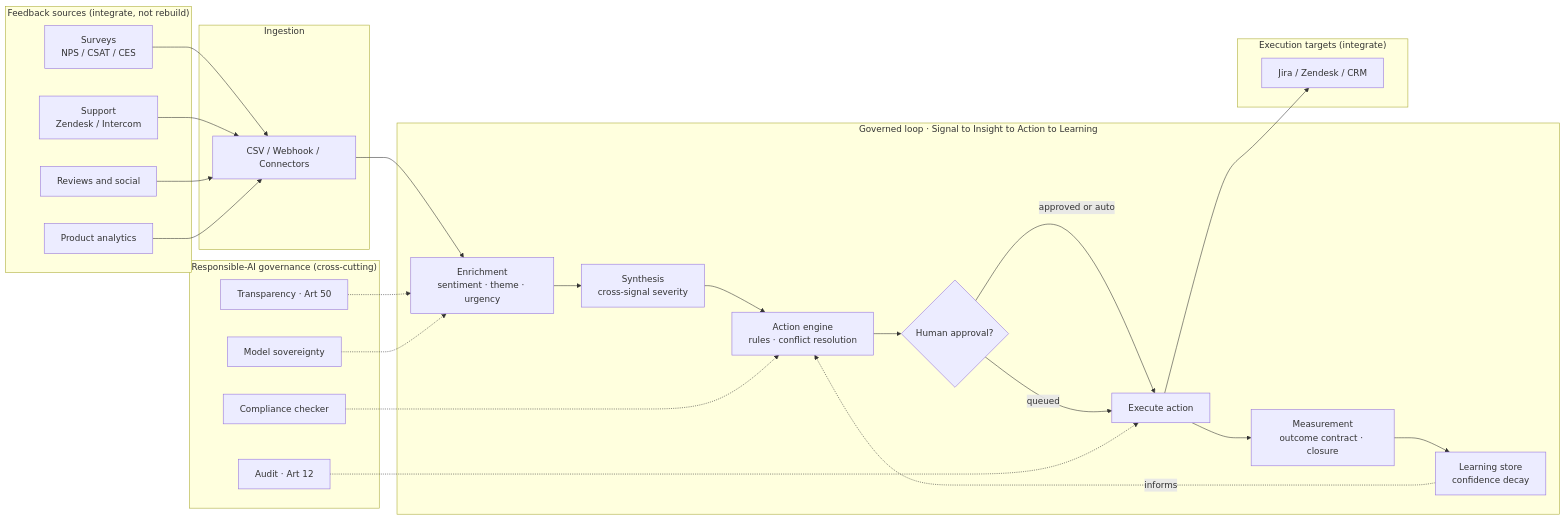
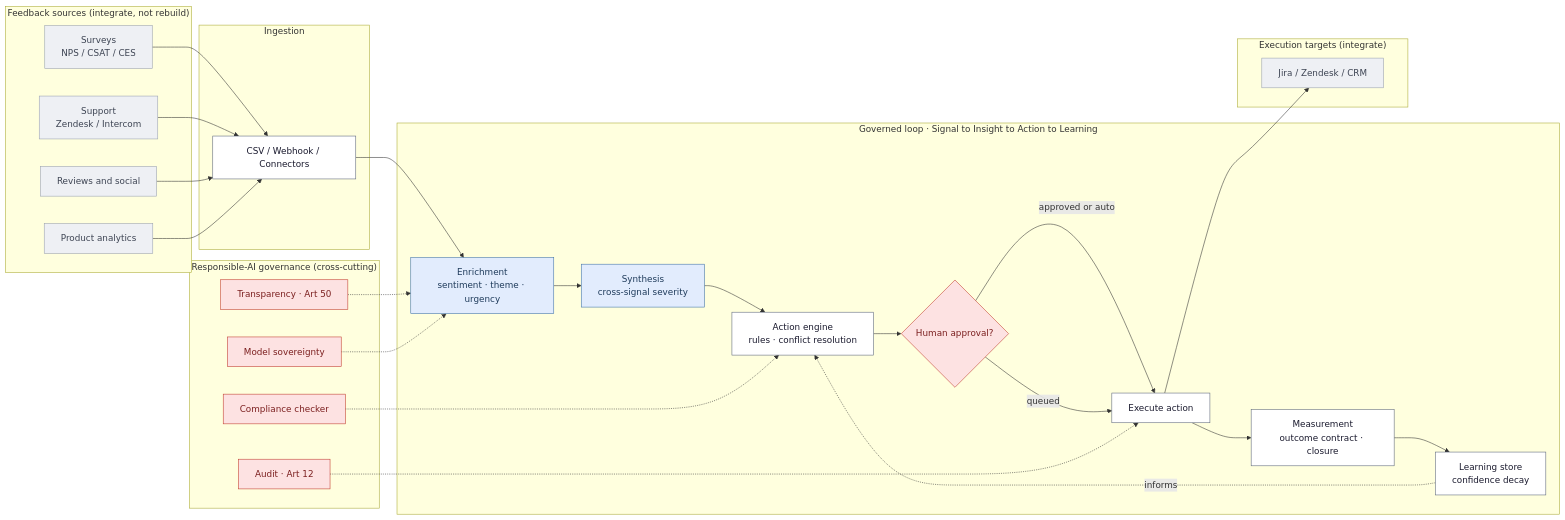
The diagram in thesis/diagrams/01_architecture_logical.mmd (fogu13/CLARA), drawn with Mermaid before and after one commit. The commit also changed 5 other files, not shown here.

First line of the commit message:
thesis(deck): colour the logical architecture and give slide 4 a legend

```diff
--- a/thesis/diagrams/01_architecture_logical.mmd
+++ b/thesis/diagrams/01_architecture_logical.mmd
@@ -1,49 +1,61 @@
 %% Logical system architecture (build-agnostic). Edit freely.
 %% Render: paste into Obsidian / mermaid.live / VS Code Mermaid preview, or import into draw.io.
 flowchart LR
     subgraph SRC["Feedback sources (integrate, not rebuild)"]
         S1["Surveys<br/>NPS / CSAT / CES"]
         S2["Support<br/>Zendesk / Intercom"]
         S3["Reviews and social"]
         S4["Product analytics"]
     end
 
     subgraph ING["Ingestion"]
         I1["CSV / Webhook / Connectors"]
     end
 
     subgraph CORE["Governed loop · Signal to Insight to Action to Learning"]
         E["Enrichment<br/>sentiment · theme · urgency"]
         SY["Synthesis<br/>cross-signal severity"]
         R["Action engine<br/>rules · conflict resolution"]
         AP{"Human approval?"}
         EX["Execute action"]
         M["Measurement<br/>outcome contract · closure"]
         L["Learning store<br/>confidence decay"]
     end
 
     subgraph OUT["Execution targets (integrate)"]
         O1["Jira / Zendesk / CRM"]
     end
 
     subgraph GOV["Responsible-AI governance (cross-cutting)"]
         G1["Audit · Art 12"]
         G2["Transparency · Art 50"]
         G3["Compliance checker"]
         G4["Model sovereignty"]
     end
 
     S1 --> I1
     S2 --> I1
     S3 --> I1
     S4 --> I1
     I1 --> E --> SY --> R --> AP
     AP -->|"approved or auto"| EX
     AP -->|"queued"| EX
     EX --> O1
     EX --> M --> L
     L -.->|"informs"| R
     G1 -.-> EX
     G2 -.-> E
     G3 -.-> R
     G4 -.-> E
+
+    %% Colour convention shared with 04_pipeline_flow.mmd:
+    %% blue = bounded LLM reasoning, red = governance control point,
+    %% white = deterministic code. The whole architectural claim is visible here.
+    classDef llm fill:#e2ecfd,stroke:#3b6ea5,color:#1f3b5b;
+    classDef gov fill:#fde2e2,stroke:#c0392b,color:#7b1f1f;
+    classDef det fill:#ffffff,stroke:#5a6478,color:#1a1a2e;
+    classDef ext fill:#eef0f4,stroke:#98a0ae,color:#3d4453;
+    class E,SY llm;
+    class AP,G1,G2,G3,G4 gov;
+    class I1,R,EX,M,L det;
+    class S1,S2,S3,S4,O1 ext;
```
